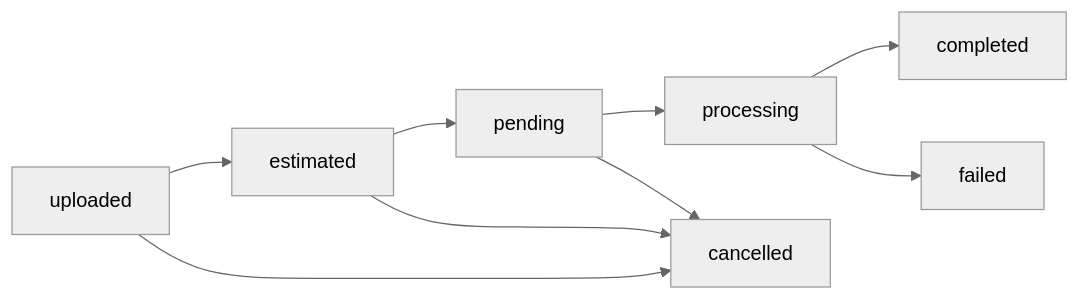
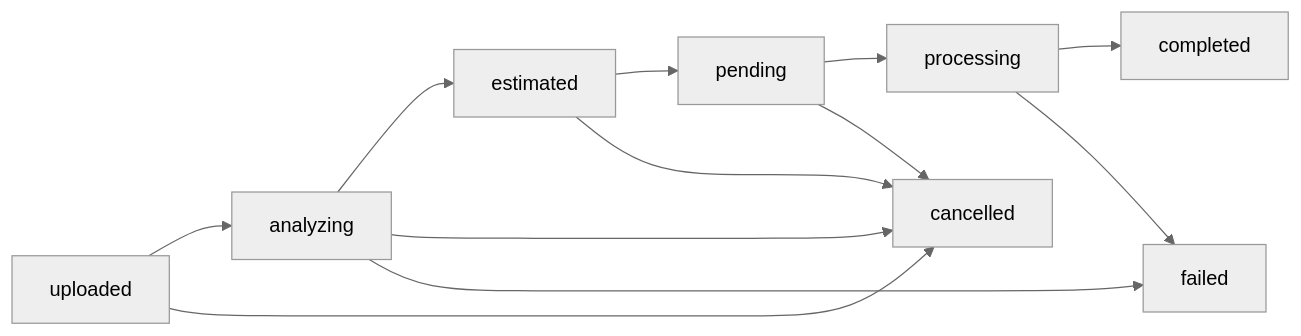
The diagram in docs/document-processing-workflow.md (glebberman/rastolkuy), drawn with Mermaid (neutral theme) before and after one commit. The commit also changed other lines of this file and 4 other files, not shown here.

````diff
--- a/docs/document-processing-workflow.md
+++ b/docs/document-processing-workflow.md
@@ -205,11 +252,14 @@
 ```mermaid
 graph LR
-    A[uploaded] --> B[estimated]
-    B --> C[pending]
-    C --> D[processing]
-    D --> E[completed]
-    D --> F[failed]
-    A --> G[cancelled]
-    B --> G[cancelled]
-    C --> G[cancelled]
+    A[uploaded] --> B[analyzing]
+    B --> C[estimated]
+    C --> D[pending]
+    D --> E[processing]
+    E --> F[completed]
+    E --> G[failed]
+    A --> H[cancelled]
+    B --> H[cancelled]
+    C --> H[cancelled]
+    D --> H[cancelled]
+    B --> G[failed]
 ```
````
